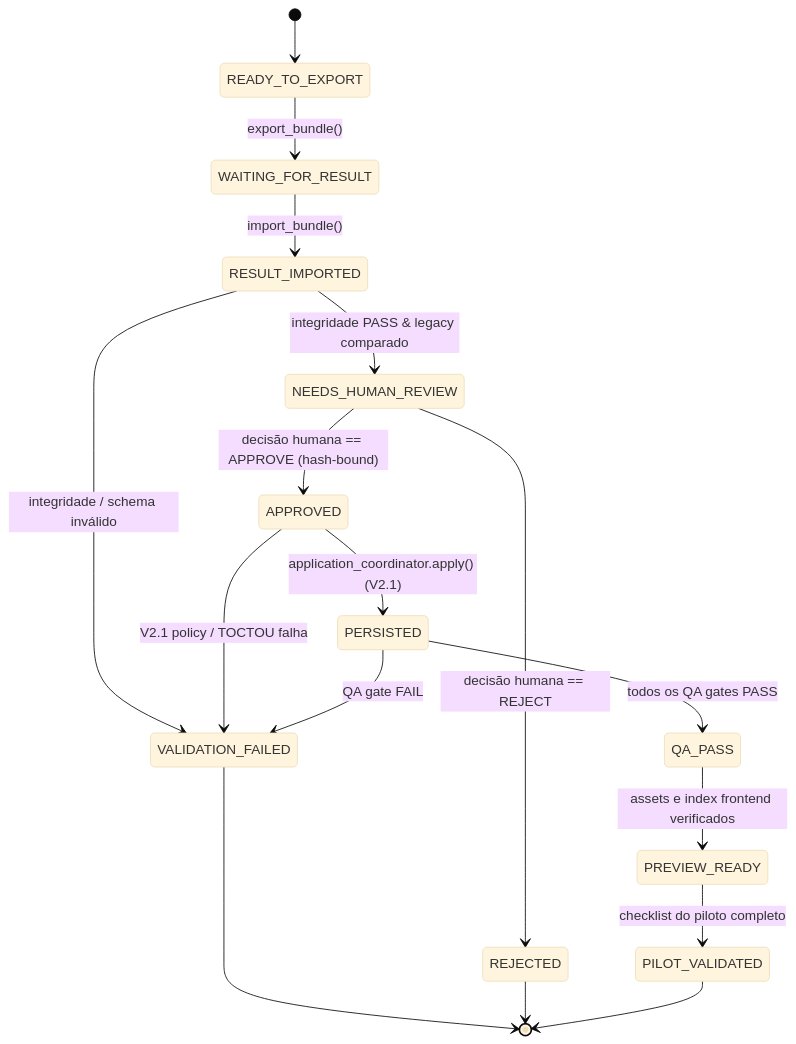
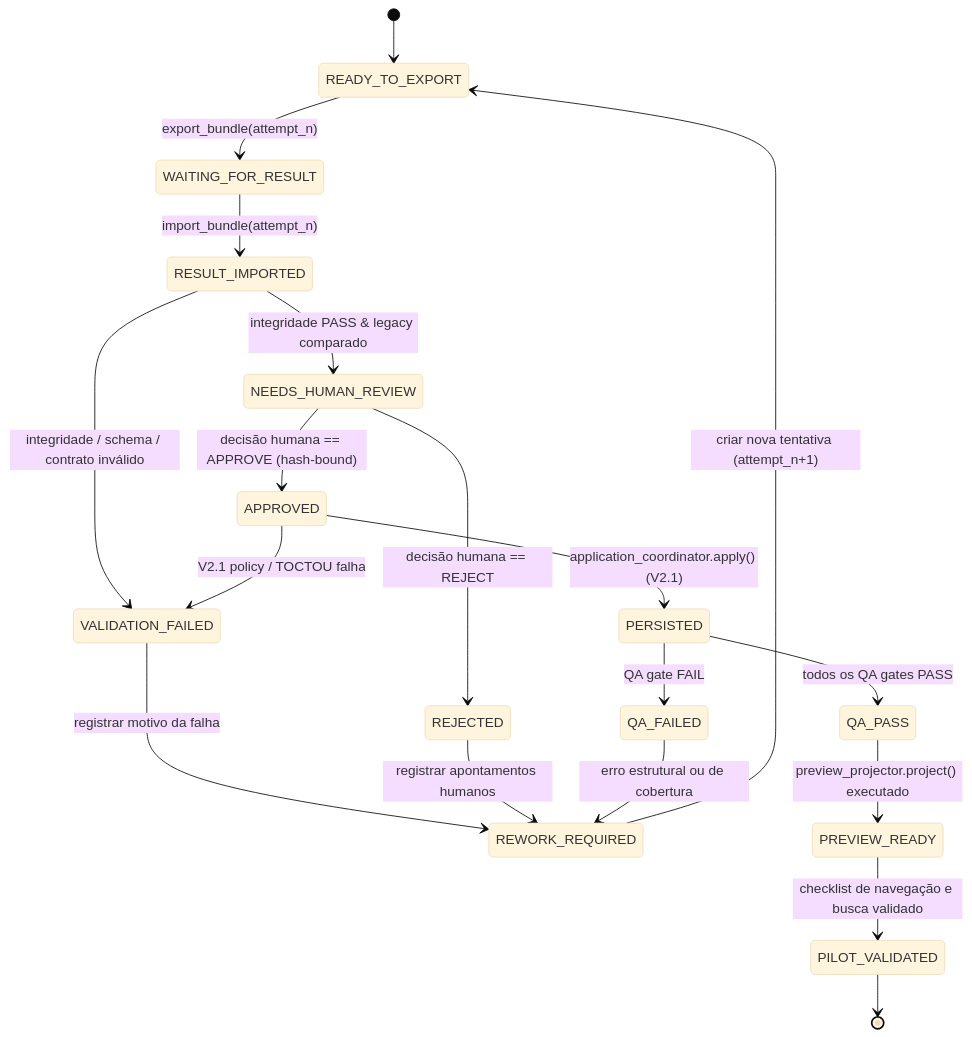
Before and after one commit to SaruAkaza/daemon: the diagram in docs/superpowers/specs/2026-09-08-pilot-content-pipeline-v2-2-design.md, drawn with Mermaid (base theme). The commit also changed other lines of this file, not shown here.

Commit message:
docs: harden v2.2 pilot boundaries

````diff
--- a/docs/superpowers/specs/2026-09-08-pilot-content-pipeline-v2-2-design.md
+++ b/docs/superpowers/specs/2026-09-08-pilot-content-pipeline-v2-2-design.md
@@ -215,26 +211,30 @@
 ```mermaid
 stateDiagram-v2
     [*] --> READY_TO_EXPORT
-    READY_TO_EXPORT --> WAITING_FOR_RESULT: export_bundle()
-    WAITING_FOR_RESULT --> RESULT_IMPORTED: import_bundle()
+    READY_TO_EXPORT --> WAITING_FOR_RESULT: export_bundle(attempt_n)
     
-    RESULT_IMPORTED --> VALIDATION_FAILED: integridade / schema inválido
-    VALIDATION_FAILED --> [*]
+    WAITING_FOR_RESULT --> RESULT_IMPORTED: import_bundle(attempt_n)
+    
+    RESULT_IMPORTED --> VALIDATION_FAILED: integridade / schema / contrato inválido
+    VALIDATION_FAILED --> REWORK_REQUIRED: registrar motivo da falha
     
     RESULT_IMPORTED --> NEEDS_HUMAN_REVIEW: integridade PASS & legacy comparado
     
     NEEDS_HUMAN_REVIEW --> REJECTED: decisão humana == REJECT
-    REJECTED --> [*]
+    REJECTED --> REWORK_REQUIRED: registrar apontamentos humanos
+    
+    REWORK_REQUIRED --> READY_TO_EXPORT: criar nova tentativa (attempt_n+1)
     
     NEEDS_HUMAN_REVIEW --> APPROVED: decisão humana == APPROVE (hash-bound)
     
     APPROVED --> PERSISTED: application_coordinator.apply() (V2.1)
     APPROVED --> VALIDATION_FAILED: V2.1 policy / TOCTOU falha
     
     PERSISTED --> QA_PASS: todos os QA gates PASS
-    PERSISTED --> VALIDATION_FAILED: QA gate FAIL
+    PERSISTED --> QA_FAILED: QA gate FAIL
+    QA_FAILED --> REWORK_REQUIRED: erro estrutural ou de cobertura
     
-    QA_PASS --> PREVIEW_READY: assets e index frontend verificados
-    PREVIEW_READY --> PILOT_VALIDATED: checklist do piloto completo
+    QA_PASS --> PREVIEW_READY: preview_projector.project() executado
+    PREVIEW_READY --> PILOT_VALIDATED: checklist de navegação e busca validado
     PILOT_VALIDATED --> [*]
 ```
````
